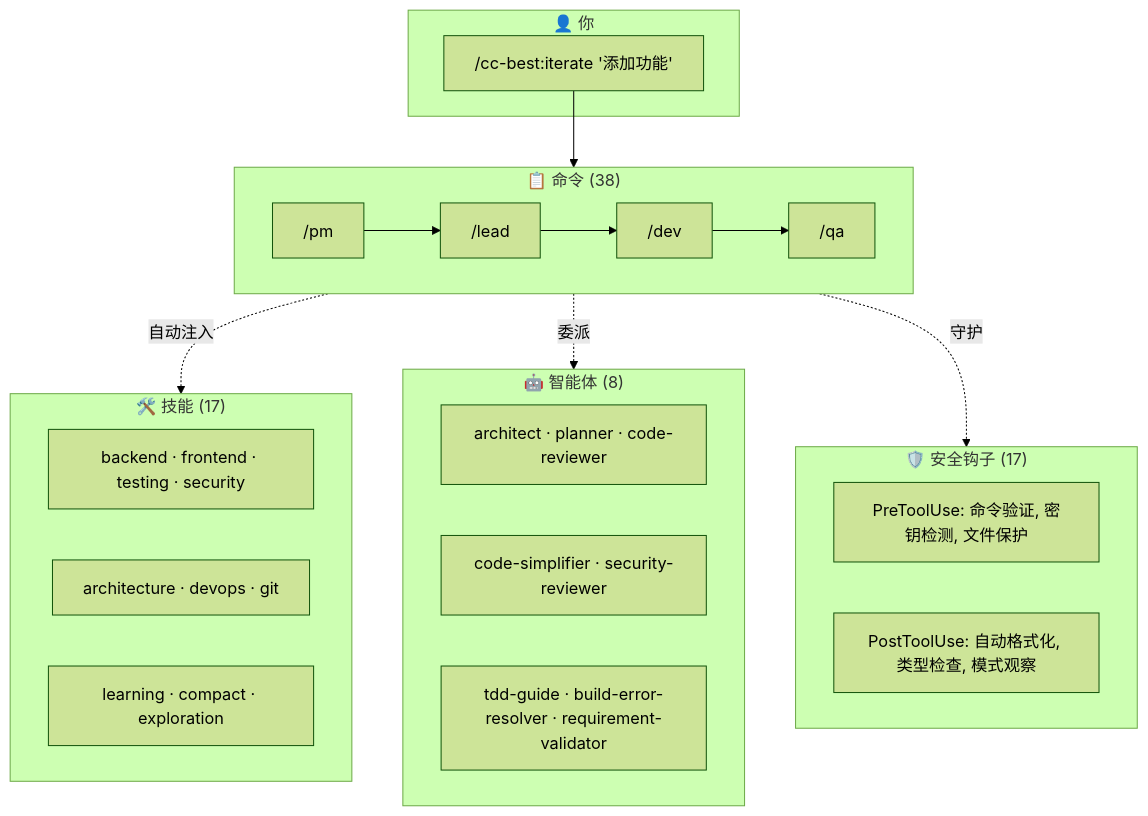
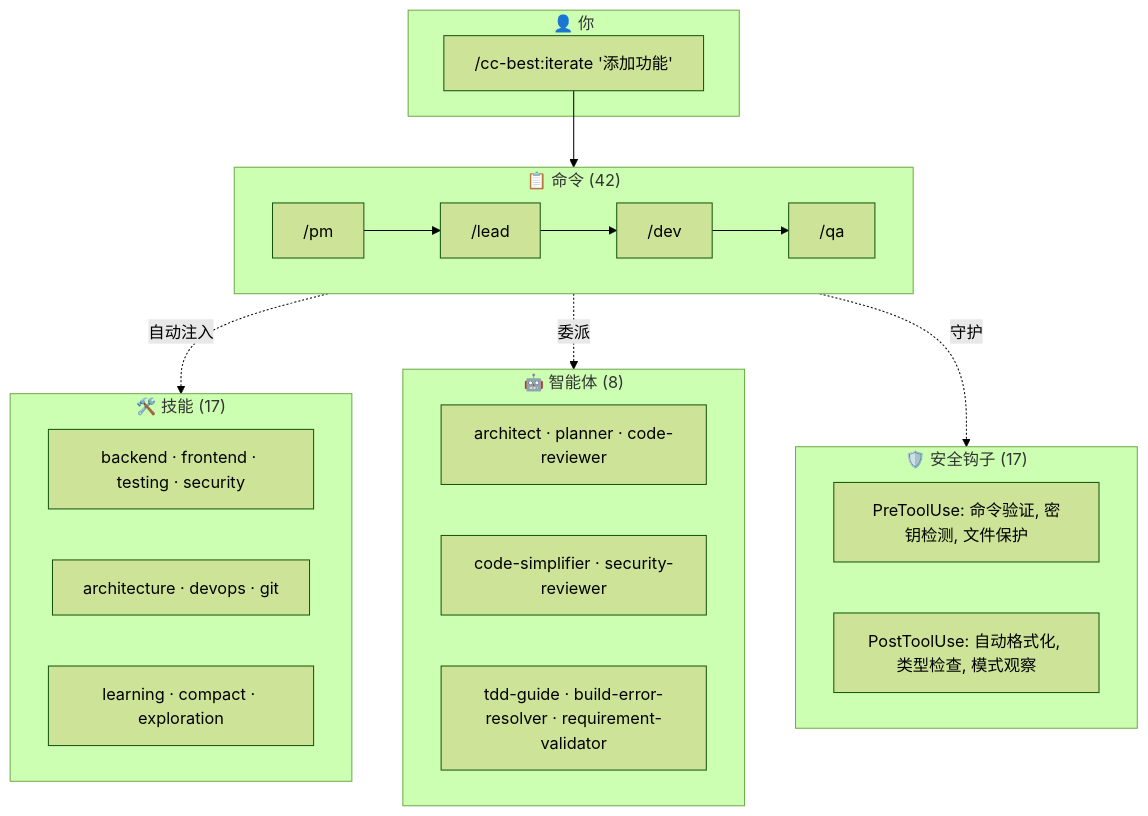
Before and after one commit to xiaobei930/cc-best: the second of 2 diagrams in README.zh-CN.md, drawn with Mermaid (forest theme). The commit also changed other lines of this file and 20 other files, not shown here.

First line of the commit message:
feat: v0.7.0 - Lite mode, model strategy, hotfix, Mermaid diagrams

````diff
--- a/README.zh-CN.md
+++ b/README.zh-CN.md
@@ -345,32 +345,32 @@
 ```mermaid
 flowchart TB
     subgraph User["👤 你"]
         CMD["/cc-best:iterate '添加功能'"]
     end
 
-    subgraph Commands["📋 命令 (38)"]
+    subgraph Commands["📋 命令 (42)"]
         PM["/pm"] --> Lead["/lead"] --> Dev["/dev"] --> QA["/qa"]
     end
 
     subgraph Skills["🛠️ 技能 (17)"]
         S1["backend · frontend · testing · security"]
         S2["architecture · devops · git"]
         S3["learning · compact · exploration"]
     end
 
     subgraph Agents["🤖 智能体 (8)"]
         A1["architect · planner · code-reviewer"]
         A2["code-simplifier · security-reviewer"]
         A3["tdd-guide · build-error-resolver · requirement-validator"]
     end
 
     subgraph Safety["🛡️ 安全钩子 (17)"]
         H1["PreToolUse: 命令验证, 密钥检测, 文件保护"]
         H2["PostToolUse: 自动格式化, 类型检查, 模式观察"]
     end
 
     CMD --> Commands
     Commands -.->|"自动注入"| Skills
     Commands -.->|"委派"| Agents
     Commands -.->|"守护"| Safety
 ```
````
